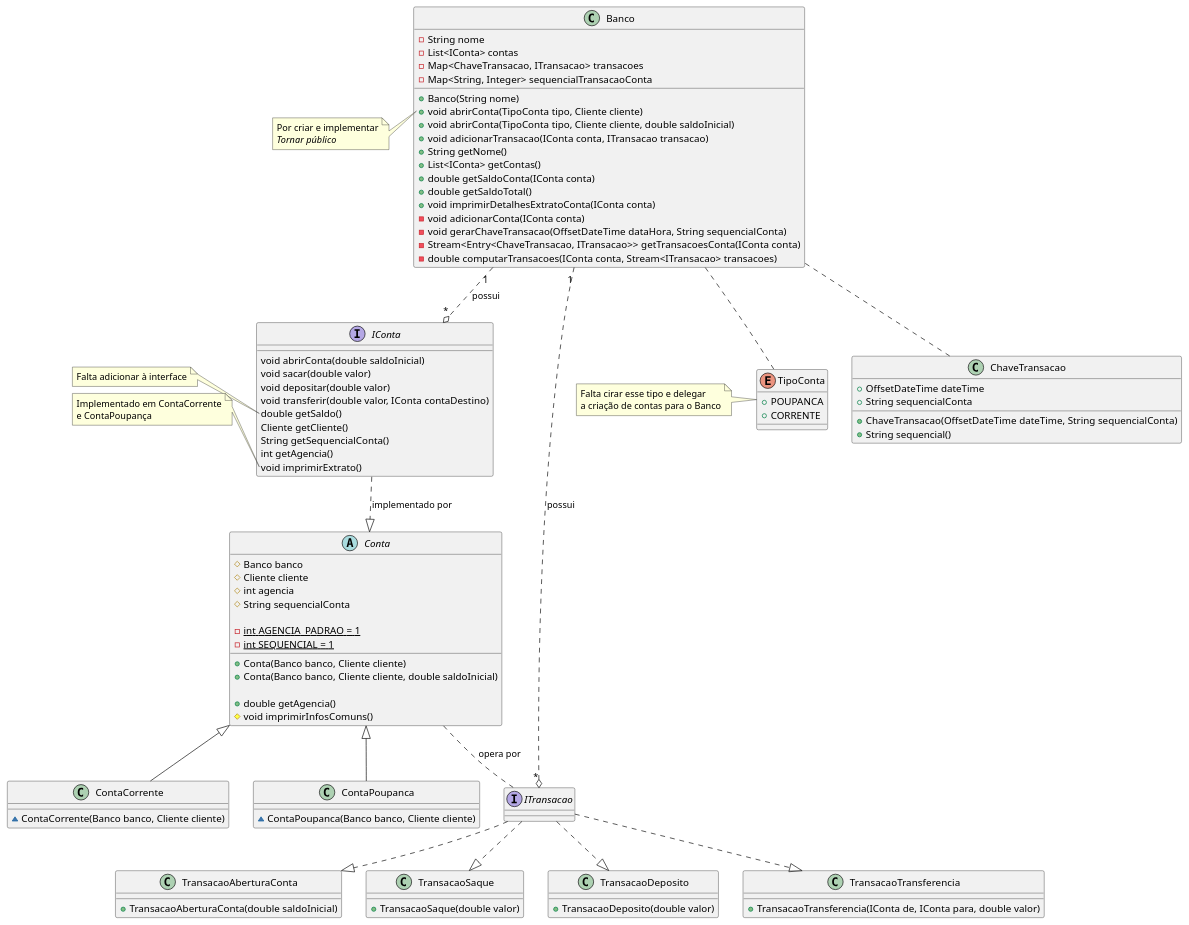
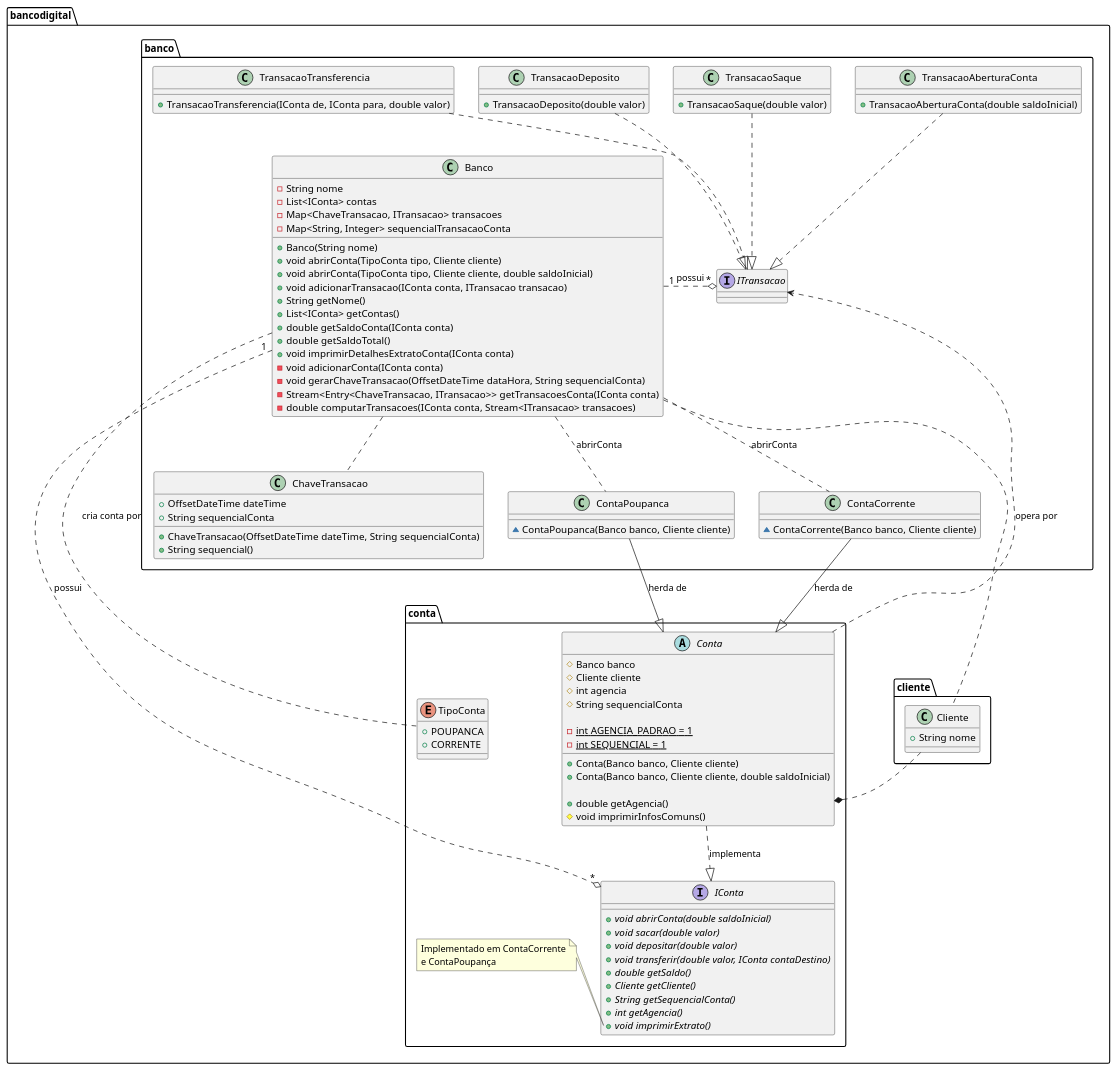
Before and after one commit to rogersanctus/dio-java-lab-banco-digital: the diagram in dia-class.puml, drawn with PlantUML.

Commit message:
Correções no diagrama de classes e adicionados pacotes e mais detalhes

```diff
--- a/dia-class.puml
+++ b/dia-class.puml
@@ -1,131 +1,127 @@
 @startuml
 /'
 Diagrama de classes em PlantUML: https://plantuml.com/starting
 '/
 
-  interface IConta {
-    void abrirConta(double saldoInicial)
-    void sacar(double valor)
-    void depositar(double valor)
-    void transferir(double valor, IConta contaDestino)
-    double getSaldo()
-    Cliente getCliente()
-    String getSequencialConta()
-    int getAgencia()
-    void imprimirExtrato()
+package bancodigital {
+  interface conta.IConta {
+    + {abstract} void abrirConta(double saldoInicial)
+    + {abstract} void sacar(double valor)
+    + {abstract} void depositar(double valor)
+    + {abstract} void transferir(double valor, IConta contaDestino)
+    + {abstract} double getSaldo()
+    + {abstract} Cliente getCliente()
+    + {abstract} String getSequencialConta()
+    + {abstract} int getAgencia()
+    + {abstract} void imprimirExtrato()
   }
 
-  note left of IConta::getSaldo
-  Falta adicionar à interface
-  end note
-
-  note left of IConta::imprimirExtrato
+  note left of conta.IConta::imprimirExtrato
   Implementado em ContaCorrente
   e ContaPoupança
   end note
 
-  abstract class Conta {
+  abstract class conta.Conta {
     # Banco banco
     # Cliente cliente
     # int agencia
     # String sequencialConta
 
     - {static} int AGENCIA_PADRAO = 1
     - {static} int SEQUENCIAL = 1
 
     + Conta(Banco banco, Cliente cliente)
     + Conta(Banco banco, Cliente cliente, double saldoInicial)
 
     + double getAgencia()
     # void imprimirInfosComuns()
   }
 
-  class ContaCorrente {
+  class banco.ContaCorrente {
     ~ ContaCorrente(Banco banco, Cliente cliente)
   }
 
-  class ContaPoupanca {
+  class banco.ContaPoupanca {
     ~ ContaPoupanca(Banco banco, Cliente cliente)
   }
 
-  enum TipoConta {
+  enum conta.TipoConta {
     + POUPANCA
     + CORRENTE
   }
 
-  note left of TipoConta
-  Falta cirar esse tipo e delegar
-  a criação de contas para o Banco
-  end note
-
-  class Banco {
+  class banco.Banco {
     - String nome
     - List<IConta> contas
     - Map<ChaveTransacao, ITransacao> transacoes
     - Map<String, Integer> sequencialTransacaoConta
 
     + Banco(String nome)
     + void abrirConta(TipoConta tipo, Cliente cliente)
     + void abrirConta(TipoConta tipo, Cliente cliente, double saldoInicial)
     + void adicionarTransacao(IConta conta, ITransacao transacao)
     + String getNome()
     + List<IConta> getContas()
     + double getSaldoConta(IConta conta)
     + double getSaldoTotal()
     + void imprimirDetalhesExtratoConta(IConta conta)
     - void adicionarConta(IConta conta)
     - void gerarChaveTransacao(OffsetDateTime dataHora, String sequencialConta)
     - Stream<Entry<ChaveTransacao, ITransacao>> getTransacoesConta(IConta conta)
     - double computarTransacoes(IConta conta, Stream<ITransacao> transacoes)
   }
 
-  note left of Banco::abrirConta
-  Por criar e implementar
-  <i>Tornar público</i>
-  end note
-
-  interface ITransacao {
+  interface banco.ITransacao {
   }
 
-  class TransacaoAberturaConta {
+  class banco.TransacaoAberturaConta {
     + TransacaoAberturaConta(double saldoInicial)
   }
 
-  class TransacaoSaque {
+  class banco.TransacaoSaque {
     + TransacaoSaque(double valor)
   }
 
-  class TransacaoDeposito {
+  class banco.TransacaoDeposito {
     + TransacaoDeposito(double valor)
   }
 
-  class TransacaoTransferencia {
+  class banco.TransacaoTransferencia {
     + TransacaoTransferencia(IConta de, IConta para, double valor)
   }
 
-  class ChaveTransacao {
+  class banco.ChaveTransacao {
     + OffsetDateTime dateTime
     + String sequencialConta
 
     + ChaveTransacao(OffsetDateTime dateTime, String sequencialConta)
     + String sequencial()
   }
 
-  IConta ..|> Conta: implementado por
+  class cliente.Cliente {
+    + String nome
+  }
 
-  Banco "1" ..o "*" IConta: possui
-  Banco .. TipoConta
-  Banco "1" ..o "*" ITransacao: possui
-  Banco .. ChaveTransacao
+  conta.Conta ..|> conta.IConta: implementa
 
-  Conta <|-- ContaCorrente
-  Conta <|-- ContaPoupanca
+  banco.Banco "1" ..o "*" conta.IConta: possui
+  banco.Banco .. conta.TipoConta: cria conta por
+  banco.Banco "1" .right.o "*" banco.ITransacao: possui
+  banco.Banco .. banco.ChaveTransacao
+  banco.Banco .. cliente.Cliente
+  banco.Banco .. banco.ContaCorrente: abrirConta
+  banco.Banco .. banco.ContaPoupanca: abrirConta
 
-  ITransacao ..|> TransacaoAberturaConta
-  ITransacao ..|> TransacaoSaque
-  ITransacao ..|> TransacaoDeposito
-  ITransacao ..|> TransacaoTransferencia
+  banco.ContaPoupanca --|> conta.Conta: herda de
+  banco.ContaCorrente --|> conta.Conta: herda de
 
-  Conta .. ITransacao: opera por
+  conta.Conta *. cliente.Cliente
 
+  banco.TransacaoAberturaConta ..|> banco.ITransacao
+  banco.TransacaoSaque .down.|> banco.ITransacao
+  banco.TransacaoDeposito .down.|> banco.ITransacao
+  banco.TransacaoTransferencia .down.|> banco.ITransacao
+
+  conta.Conta ..> banco.ITransacao: opera por
+}
 @enduml
```
